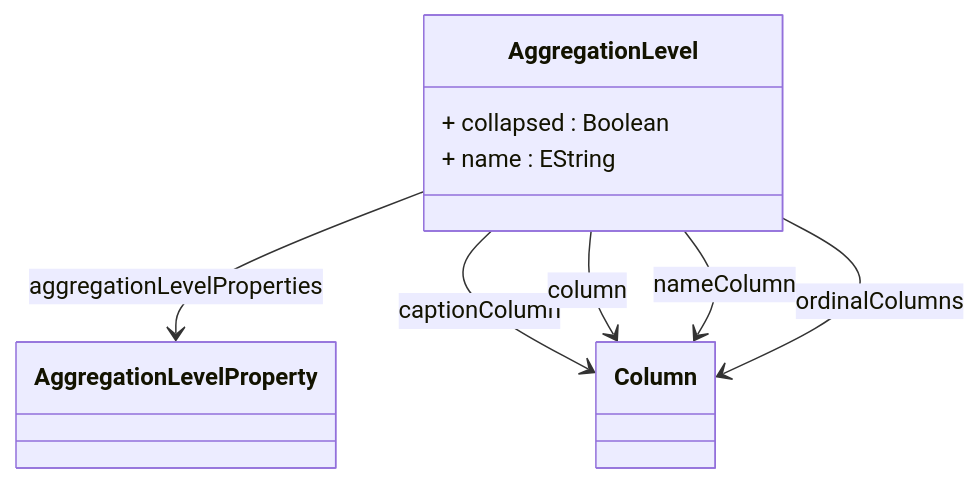
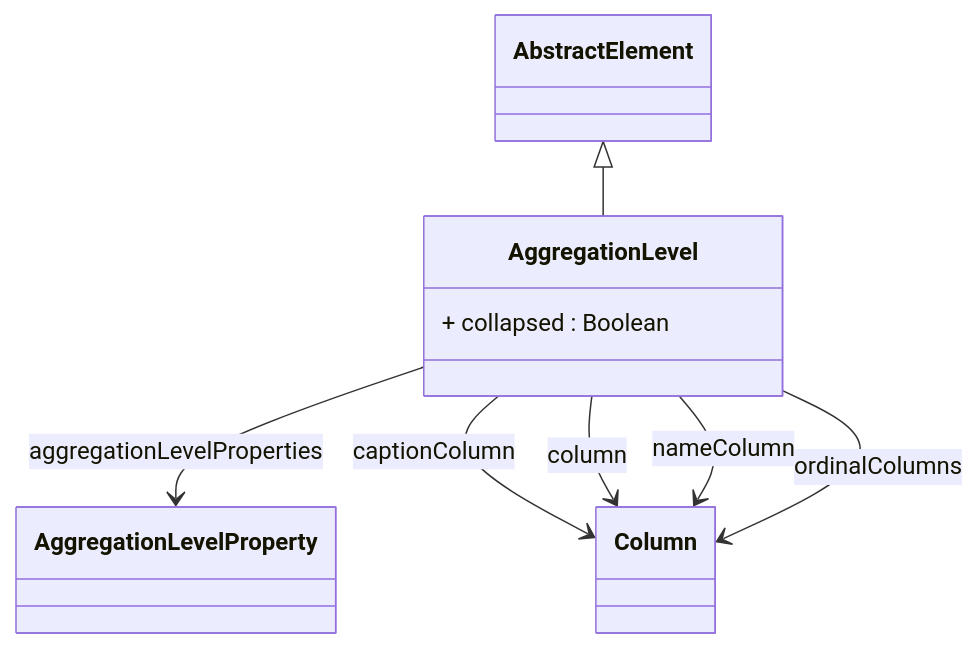
One commit to eclipse-daanse/eclipse-daanse.github.io changed the diagram in docs/cubeserver/model/class-AggregationLevel.md. Above: the diagram before and after it, drawn with Mermaid. The commit also changed other lines of this file and 138 other files, not shown here.

````diff
--- a/docs/cubeserver/model/class-AggregationLevel.md
+++ b/docs/cubeserver/model/class-AggregationLevel.md
@@ -123,15 +116,14 @@
 ```mermaid
 classDiagram
   class AggregationLevel {
     + collapsed : Boolean
-    + name : EString
   }
 
-
+  AbstractElement <|-- AggregationLevel
   AggregationLevel --> AggregationLevelProperty : aggregationLevelProperties
   AggregationLevel --> Column : captionColumn
   AggregationLevel --> Column : column
   AggregationLevel --> Column : nameColumn
   AggregationLevel --> Column : ordinalColumns
 
 ```
````
